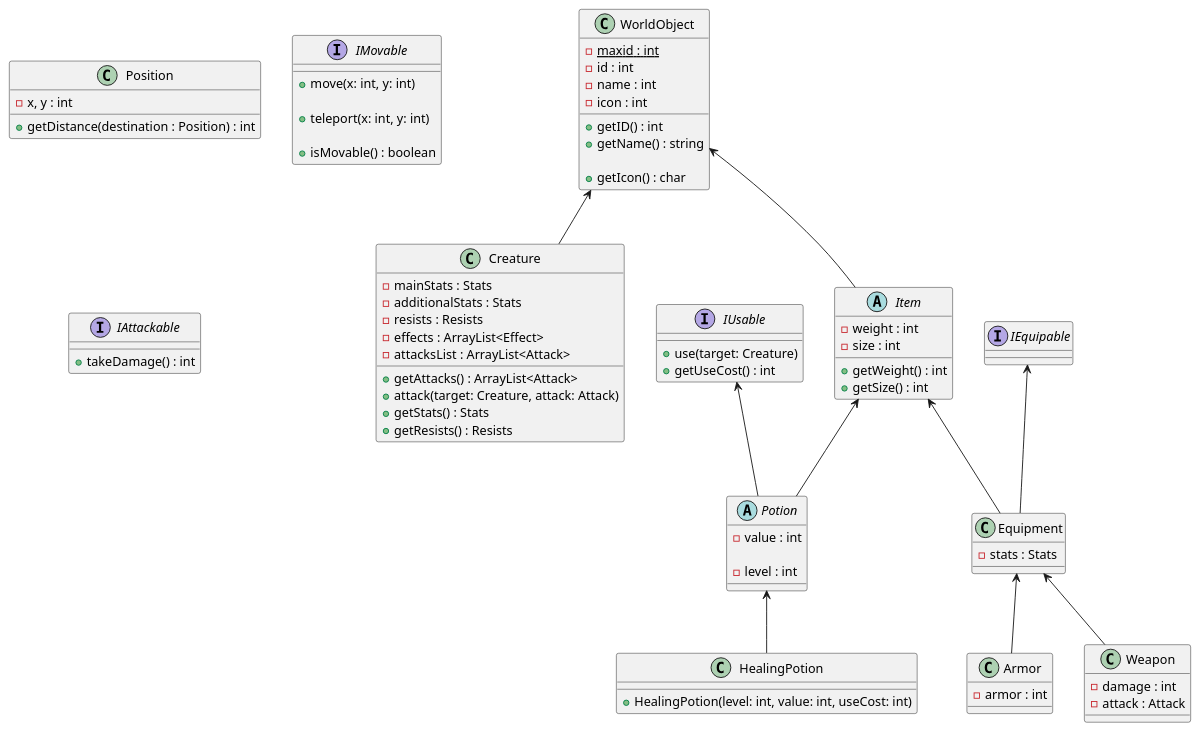
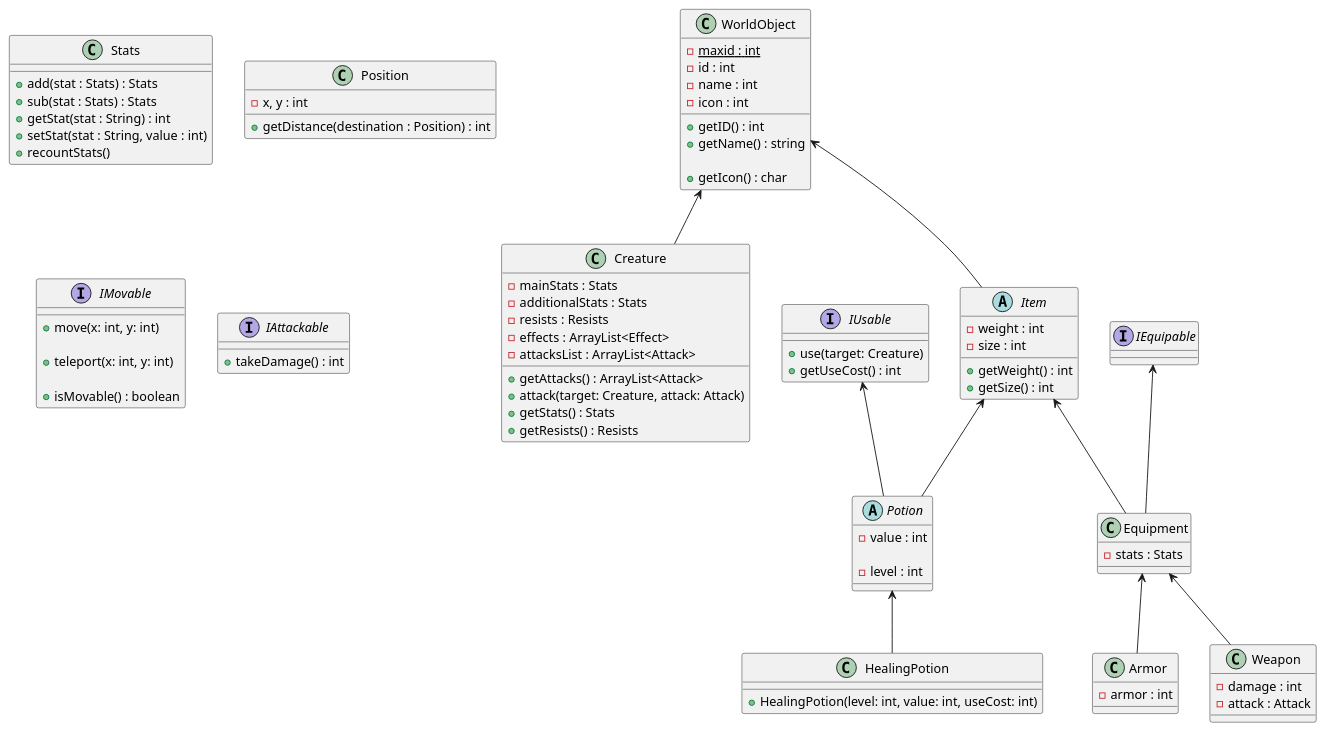
One commit to zaqwer101/JavaRPG changed the diagram in JavaRPG.puml. Above: the diagram before and after it, drawn with PlantUML.

Commit message:
UML добавил Stats

```diff
--- a/JavaRPG.puml
+++ b/JavaRPG.puml
@@ -1,112 +1,119 @@
 @startuml
 
 WorldObject <-- Creature
 WorldObject <-- Item
 
 Item <-- Potion
 Item <-- Equipment
 
 IUsable <-- Potion
 
 Potion <-- HealingPotion
 
 IEquipable <-- Equipment
 Equipment <-- Armor
 Equipment <-- Weapon
 
 class WorldObject {
     - {static} maxid : int
     - id : int
     - name : int
     - icon : int
 
     + getID() : int
     + getName() : string
 
     'Отображаемая иконка объекта на карте'
     + getIcon() : char
 }
 
 class Creature {
     'Это удобнее, так как для доспехов и прочего можно прибавочные статы также хранить в классе Stats'
     'и при надевании/использовании предмета просто прибавлять одно к другому'
     - mainStats : Stats
     - additionalStats : Stats
     - resists : Resists
     'Текущие баффы/дебаффы на существе'
     - effects : ArrayList<Effect>
     - attacksList : ArrayList<Attack>
 
     'Возможные виды атак существа'
     + getAttacks() : ArrayList<Attack>
     + attack(target: Creature, attack: Attack)
     + getStats() : Stats
     + getResists() : Resists
 }
 
+class Stats {
+    + add(stat : Stats) : Stats
+    + sub(stat : Stats) : Stats
+    + getStat(stat : String) : int
+    + setStat(stat : String, value : int)
+    + recountStats()
+}
 
 abstract class Potion {
     'Базовая сила действия зелья'
     - value : int
 
     'Уровень зелья'
     - level : int
 }
 
 class HealingPotion {
     + HealingPotion(level: int, value: int, useCost: int)
 }
 
 class Equipment {
     'статы, которые даёт элемент снаряжения'
     - stats : Stats
 }
 
 class Armor {
     - armor : int
 }
 
 class Weapon {
     - damage : int
     - attack : Attack
 }
 
 class Position {
     - x, y : int
     + getDistance(destination : Position) : int
 }
 
 abstract class Item {
     - weight : int
     - size : int
 
     + getWeight() : int
     + getSize() : int
 }
 
 interface IUsable {
     'Использовать предметы можно не только на себя, но и на других, если позволяет радиус'
     + use(target: Creature)
     + getUseCost() : int
 }
 
 interface IMovable {
     'Переместить на определённое количество клеток по x и y'
     + move(x: int, y: int)
 
     'Переместить в определённую клетку'
     + teleport(x: int, y: int)
 
     'Может ли объект передвигаться в данный момент'
     + isMovable() : boolean
 }
 
 interface IEquipable {
 }
 
 interface IAttackable {
     + takeDamage() : int
  }
 
 
 @enduml
```
